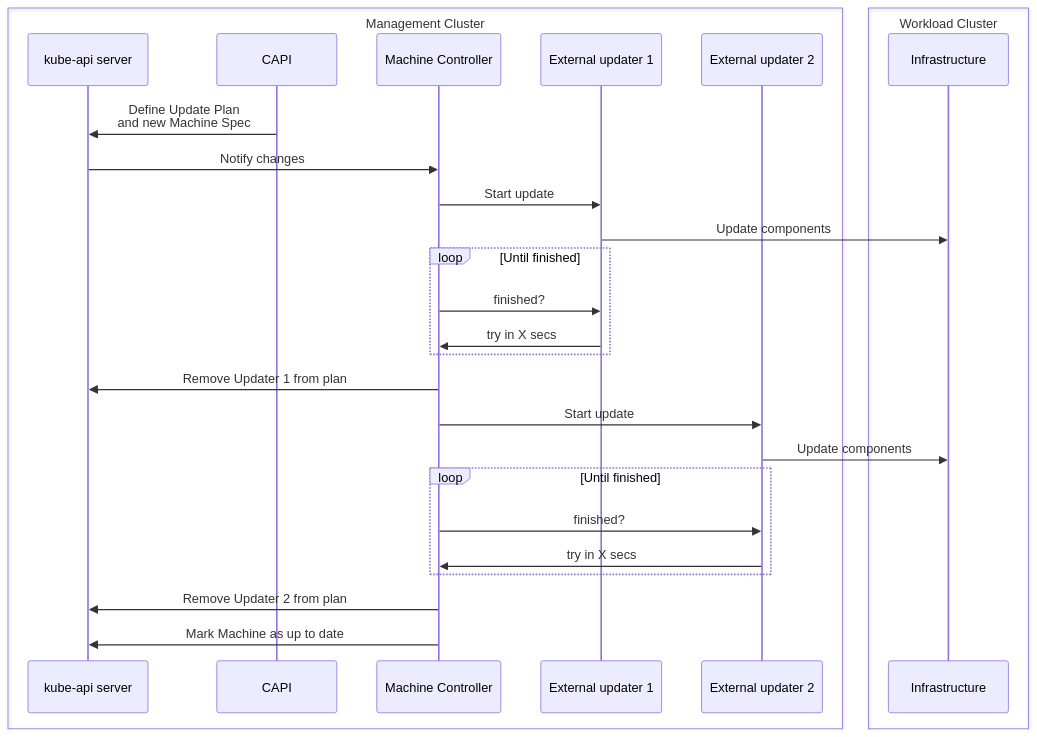
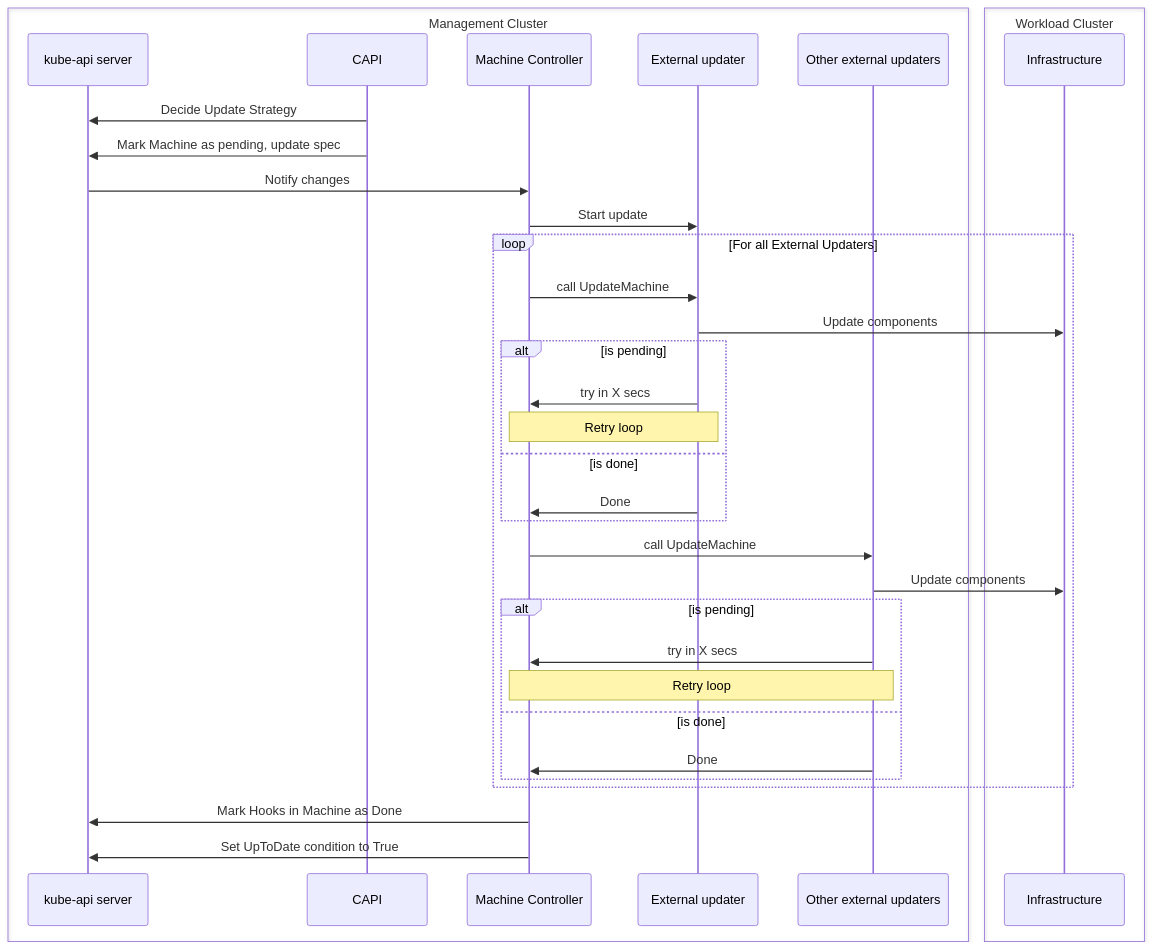
Before and after one commit to kubernetes-sigs/cluster-api: the fifth of 9 diagrams in docs/proposals/20240807-in-place-updates.md, drawn with Mermaid. The commit also changed other lines of this file, not shown here.

````diff
--- a/docs/proposals/20240807-in-place-updates.md
+++ b/docs/proposals/20240807-in-place-updates.md
@@ -342,33 +350,39 @@
 ```mermaid
 sequenceDiagram
 box Management Cluster
     participant apiserver as kube-api server
     participant capi as CAPI
     participant mach as Machine Controller
-    participant hook as External updater 1
-    participant hook2 as External updater 2
+    participant hook as External updater
+    participant hook1 as Other external updaters
 end
 
 box Workload Cluster
     participant infra as Infrastructure
 end
 
-capi->>apiserver: Define Update Plan<br>and new Machine Spec
+capi->>apiserver: Decide Update Strategy
+capi->>apiserver: Mark Machine as pending, update spec
 apiserver->>mach: Notify changes
 mach->>hook: Start update
-hook->>infra: Update components
-loop Until finished
-    mach->>hook: finished?
+loop For all External Updaters
+  mach->>hook: call UpdateMachine
+  hook->>infra: Update components
+  alt is pending
     hook->>mach: try in X secs
+    Note over hook,mach: Retry loop
+  else is done
+    hook->>mach: Done
+  end
+  mach->>hook1: call UpdateMachine
+  hook1->>infra: Update components
+  alt is pending
+    hook1->>mach: try in X secs
+    Note over hook1,mach: Retry loop
+  else is done
+    hook1->>mach: Done
+  end
 end
-mach->>apiserver: Remove Updater 1 from plan
-mach->>hook2: Start update
-hook2->>infra: Update components
-loop Until finished
-    mach->>hook2: finished?
-    hook2->>mach: try in X secs
-end
-mach->>apiserver: Remove Updater 2 from plan
-mach->>apiserver: Mark Machine as up to date
-
+mach->>apiserver: Mark Hooks in Machine as Done
+mach->>apiserver: Set UpToDate condition to True
 ```
````
